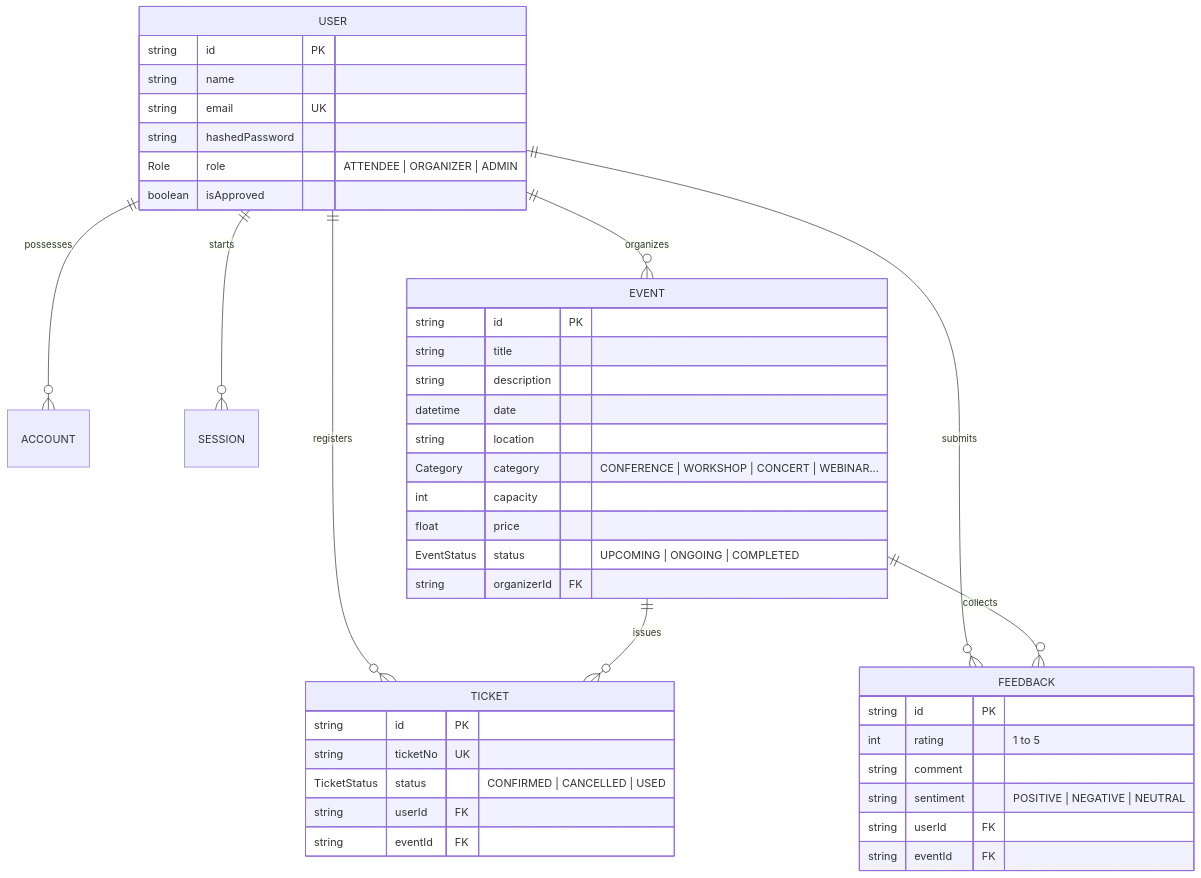
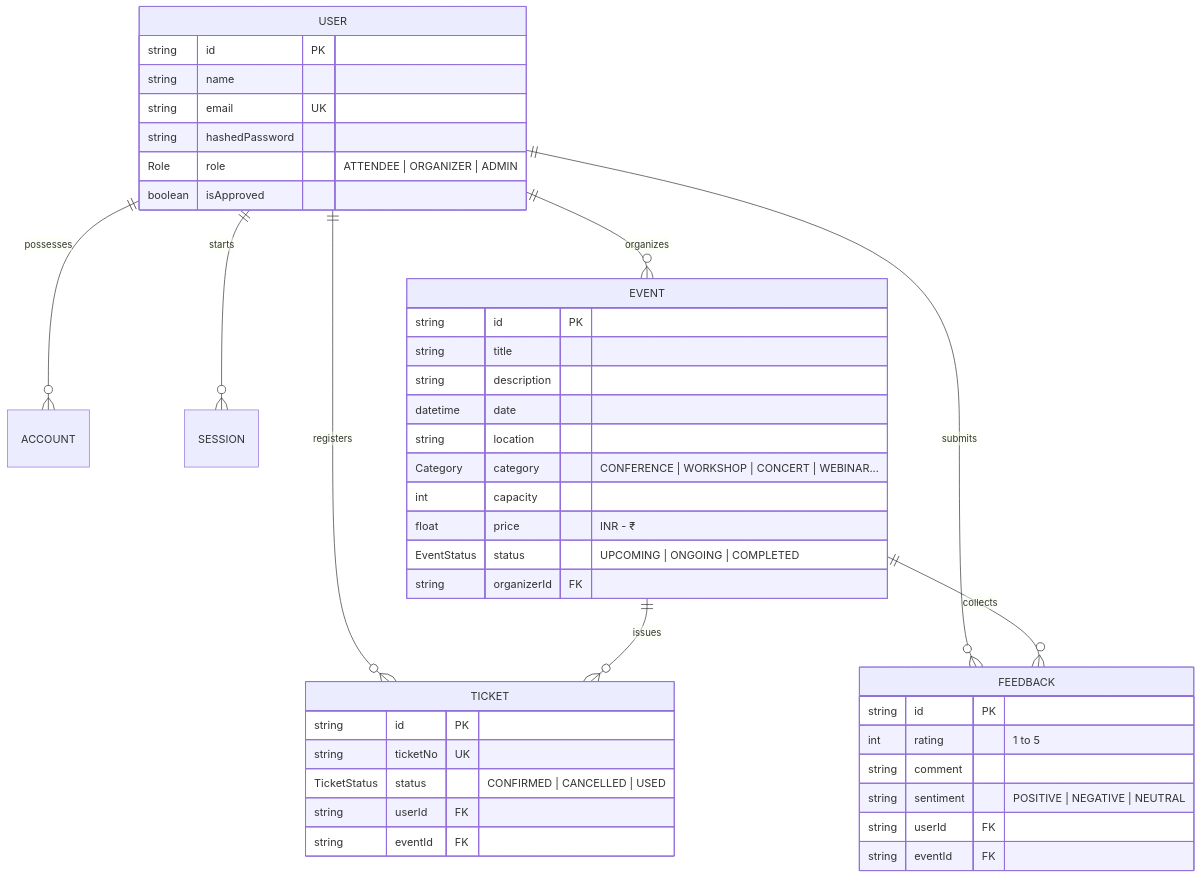
Before and after one commit to Yaiphaba189/Event-Management: the second of 2 diagrams in README.md, drawn with Mermaid. The commit also changed other lines of this file, not shown here.

````diff
--- a/README.md
+++ b/README.md
@@ -89,49 +107,49 @@
 ```mermaid
 erDiagram
     USER ||--o{ ACCOUNT : "possesses"
     USER ||--o{ SESSION : "starts"
     USER ||--o{ EVENT : "organizes"
     USER ||--o{ TICKET : "registers"
     USER ||--o{ FEEDBACK : "submits"
     EVENT ||--o{ TICKET : "issues"
     EVENT ||--o{ FEEDBACK : "collects"
 
     USER {
         string id PK
         string name
         string email UK
         string hashedPassword
         Role role "ATTENDEE | ORGANIZER | ADMIN"
         boolean isApproved
     }
 
     EVENT {
         string id PK
         string title
         string description
         datetime date
         string location
         Category category "CONFERENCE | WORKSHOP | CONCERT | WEBINAR..."
         int capacity
-        float price
+        float price "INR - ₹"
         EventStatus status "UPCOMING | ONGOING | COMPLETED"
         string organizerId FK
     }
 
     TICKET {
         string id PK
         string ticketNo UK
         TicketStatus status "CONFIRMED | CANCELLED | USED"
         string userId FK
         string eventId FK
     }
 
     FEEDBACK {
         string id PK
         int rating "1 to 5"
         string comment
         string sentiment "POSITIVE | NEGATIVE | NEUTRAL"
         string userId FK
         string eventId FK
     }
 ```
````
